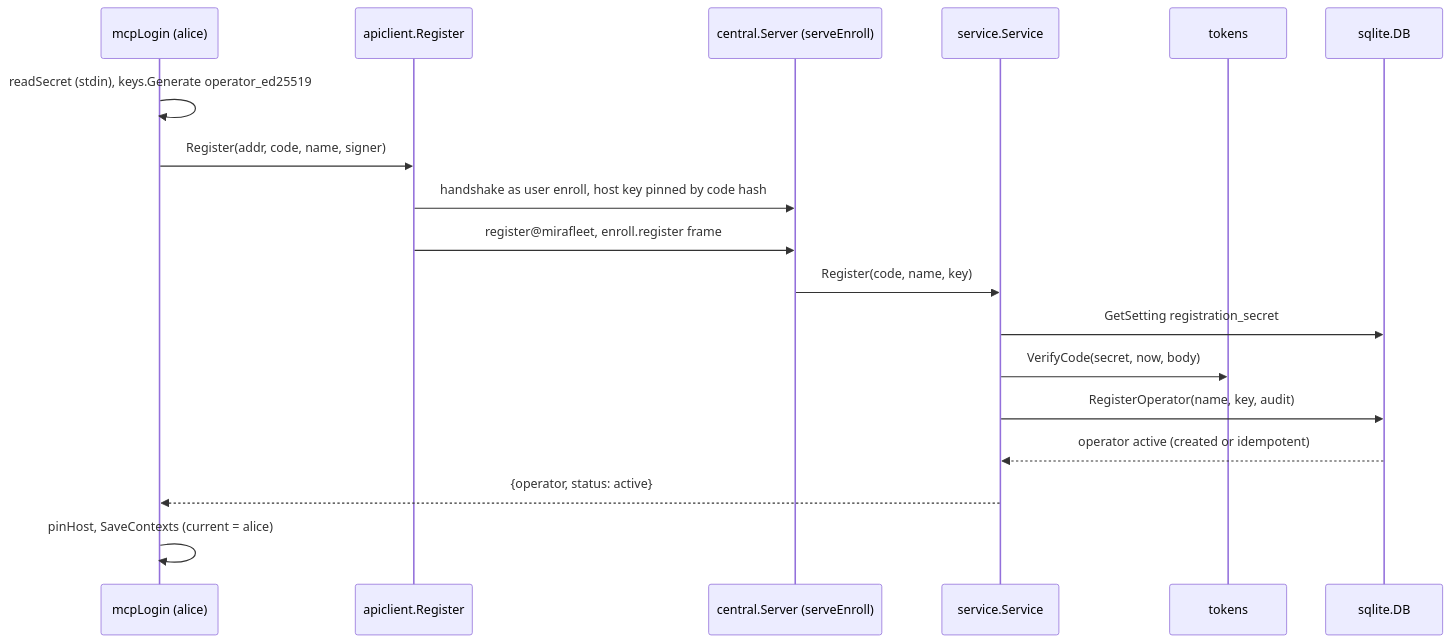
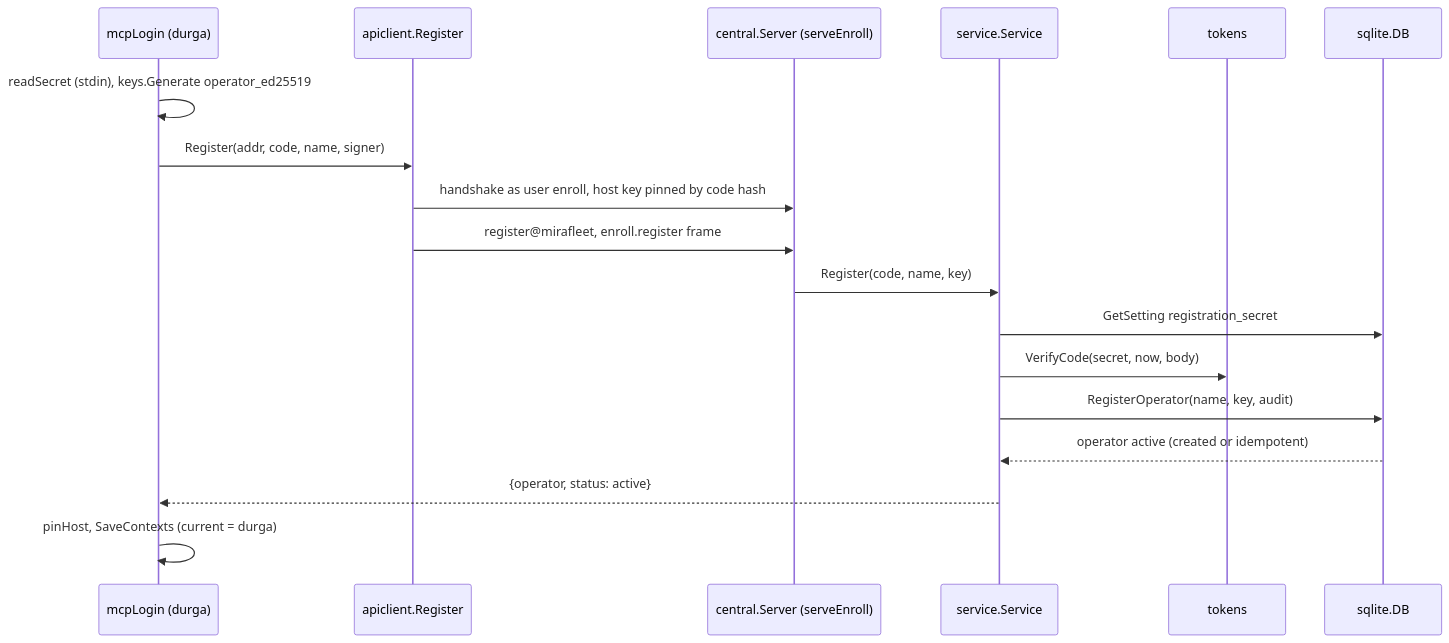
One commit to mirastacklabs-ai/mirafleet changed the tenth of 29 diagrams in docs/guide/04-flows.md. Above: the diagram before and after it, drawn with Mermaid. The commit also changed other lines of this file and 7 other files, not shown here.

````diff
--- a/docs/guide/04-flows.md
+++ b/docs/guide/04-flows.md
@@ -556,21 +556,21 @@
 ```mermaid
 sequenceDiagram
-  participant mcpLogin as mcpLogin (alice)
+  participant mcpLogin as mcpLogin (durga)
   participant apiclient as apiclient.Register
   participant Server as central.Server (serveEnroll)
   participant Service as service.Service
   participant tokens as tokens
   participant sqlite as sqlite.DB
 
   mcpLogin->>mcpLogin: readSecret (stdin), keys.Generate operator_ed25519
   mcpLogin->>apiclient: Register(addr, code, name, signer)
   apiclient->>Server: handshake as user enroll, host key pinned by code hash
   apiclient->>Server: register@mirafleet, enroll.register frame
   Server->>Service: Register(code, name, key)
   Service->>sqlite: GetSetting registration_secret
   Service->>tokens: VerifyCode(secret, now, body)
   Service->>sqlite: RegisterOperator(name, key, audit)
   sqlite-->>Service: operator active (created or idempotent)
   Service-->>mcpLogin: {operator, status: active}
-  mcpLogin->>mcpLogin: pinHost, SaveContexts (current = alice)
+  mcpLogin->>mcpLogin: pinHost, SaveContexts (current = durga)
 ```
````
